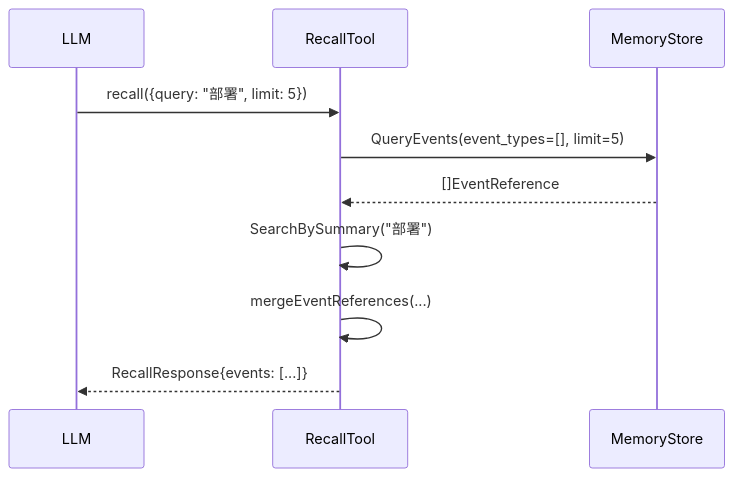
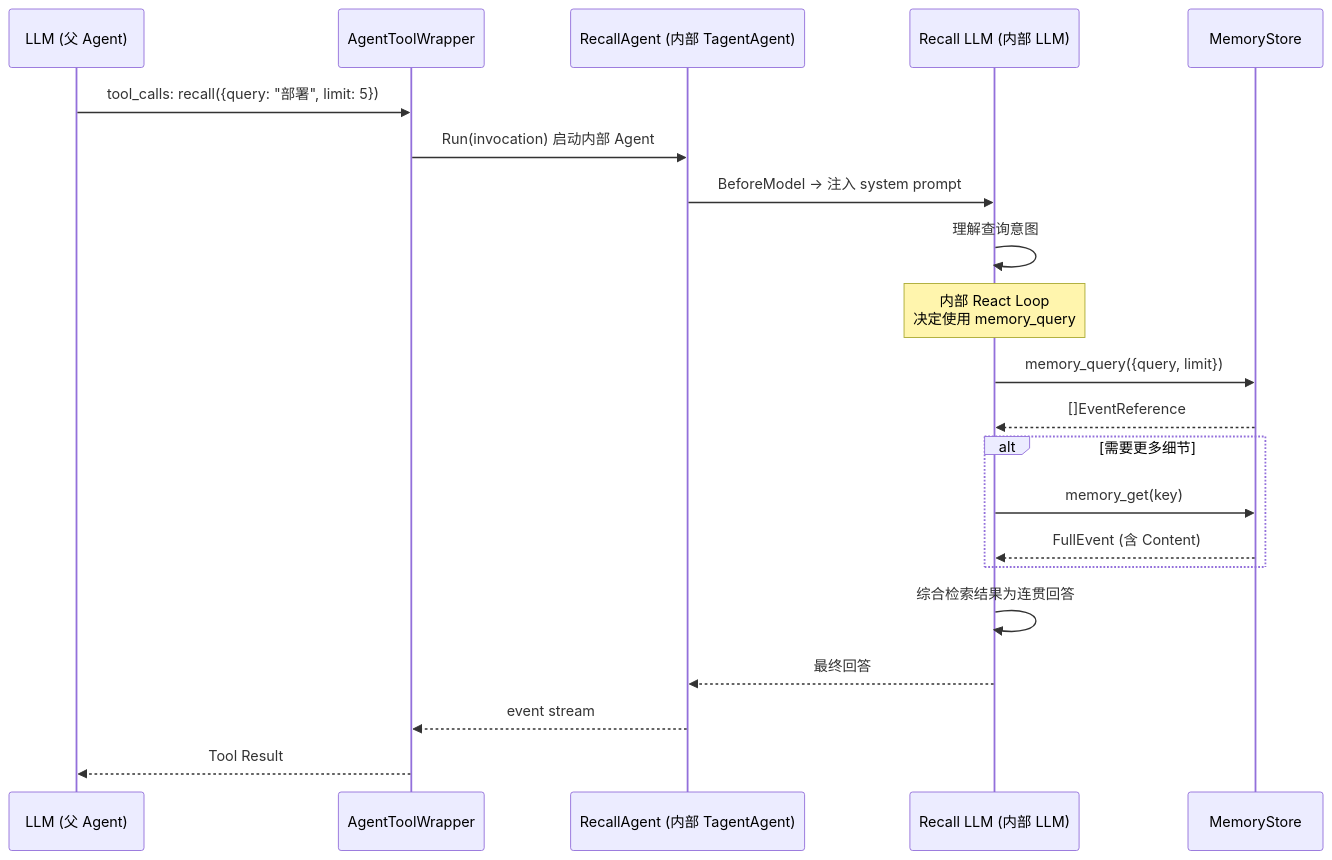
One commit to SpellingDragon/tagent changed the fifth of 6 diagrams in docs/wiki/tool/tool-architecture.md. Above: the diagram before and after it, drawn with Mermaid. The commit also changed other lines of this file and 53 other files, not shown here.

````diff
--- a/docs/wiki/tool/tool-architecture.md
+++ b/docs/wiki/tool/tool-architecture.md
@@ -1014,13 +901,27 @@
 ```mermaid
 sequenceDiagram
-    participant LLM as LLM
-    participant RT as RecallTool
+    participant LLM as LLM (父 Agent)
+    participant ATW as AgentToolWrapper
+    participant RA as RecallAgent (内部 TagentAgent)
+    participant RL as Recall LLM (内部 LLM)
     participant MS as MemoryStore
 
-    LLM->>RT: recall({query: "部署", limit: 5})
-    RT->>MS: QueryEvents(event_types=[], limit=5)
-    MS-->>RT: []EventReference
-    RT->>RT: SearchBySummary("部署")
-    RT->>RT: mergeEventReferences(...)
-    RT-->>LLM: RecallResponse{events: [...]}
+    LLM->>ATW: tool_calls: recall({query: "部署", limit: 5})
+    ATW->>RA: Run(invocation) 启动内部 Agent
+    RA->>RL: BeforeModel → 注入 system prompt
+    RL->>RL: 理解查询意图
+
+    Note over RL: 内部 React Loop<br/>决定使用 memory_query
+    RL->>MS: memory_query({query, limit})
+    MS-->>RL: []EventReference
+
+    alt 需要更多细节
+        RL->>MS: memory_get(key)
+        MS-->>RL: FullEvent (含 Content)
+    end
+
+    RL->>RL: 综合检索结果为连贯回答
+    RL-->>RA: 最终回答
+    RA-->>ATW: event stream
+    ATW-->>LLM: Tool Result
 ```
````
